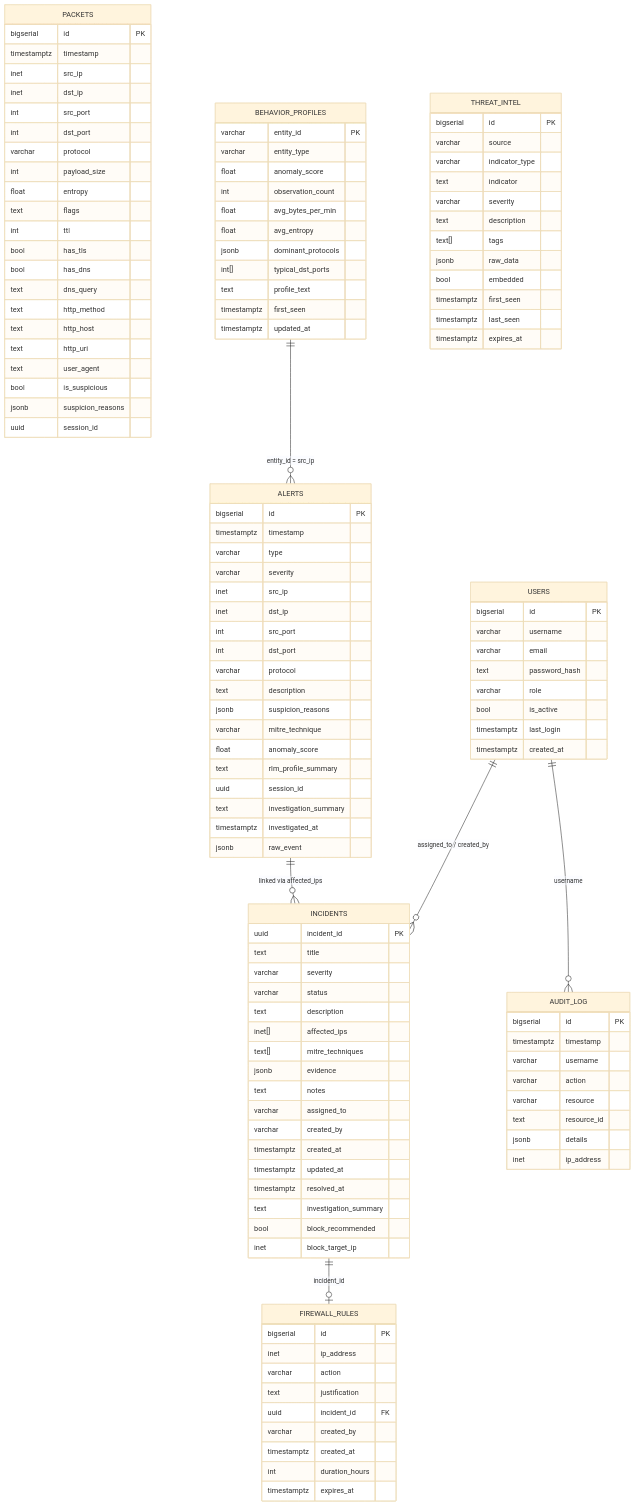
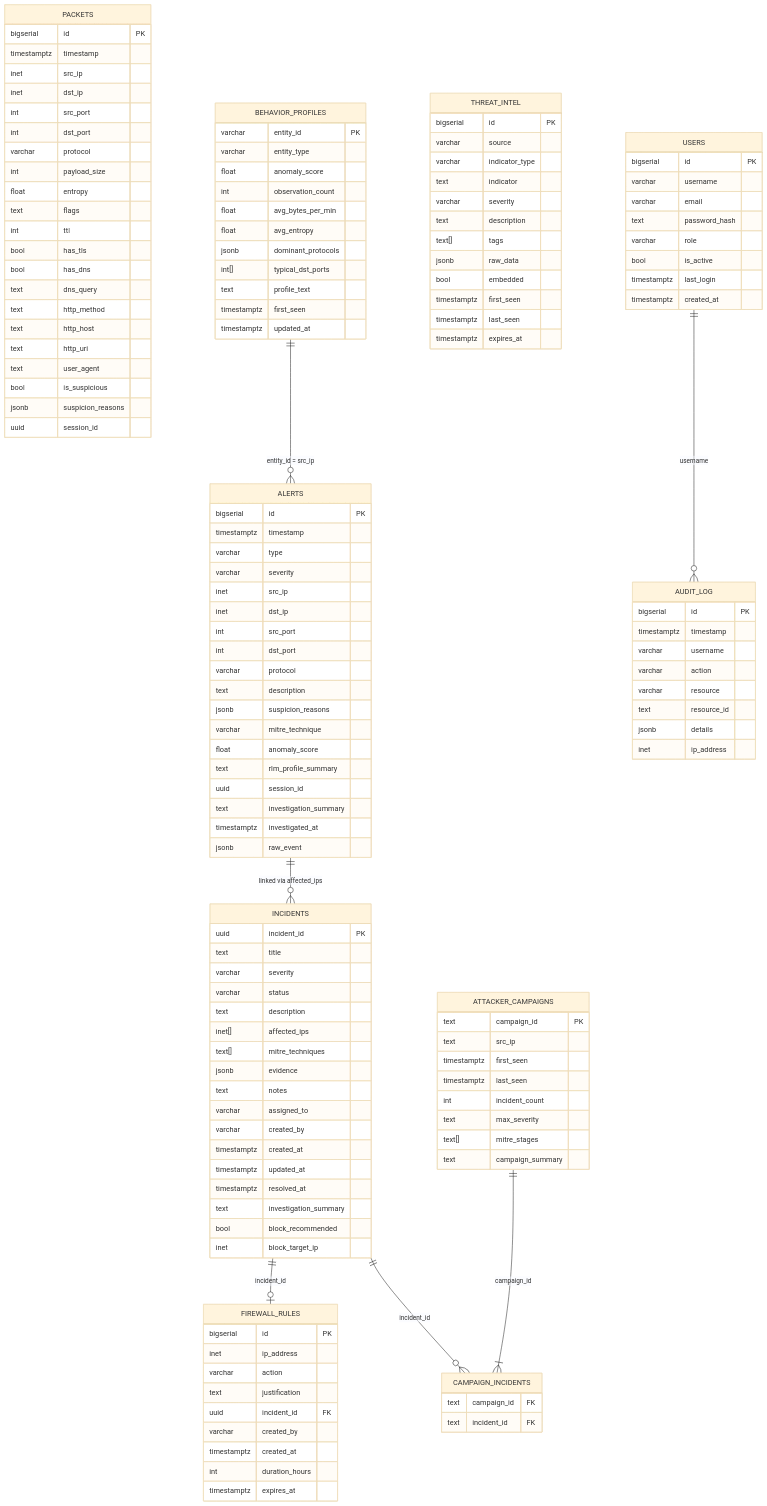
One commit to Skarthik06/cybersentinel-ai changed the eighth of 21 diagrams in docs/MASTER.md. Above: the diagram before and after it, drawn with Mermaid (base theme). The commit also changed other lines of this file and 50 other files, not shown here.

````diff
--- a/docs/MASTER.md
+++ b/docs/MASTER.md
@@ -745,6 +612,22 @@
         timestamptz expires_at
     }
 
+    ATTACKER_CAMPAIGNS {
+        text campaign_id PK
+        text src_ip
+        timestamptz first_seen
+        timestamptz last_seen
+        int incident_count
+        text max_severity
+        text[] mitre_stages
+        text campaign_summary
+    }
+
+    CAMPAIGN_INCIDENTS {
+        text campaign_id FK
+        text incident_id FK
+    }
+
     USERS {
         bigserial id PK
         varchar username
@@ -771,5 +654,6 @@
     INCIDENTS ||--o| FIREWALL_RULES : "incident_id"
     BEHAVIOR_PROFILES ||--o{ ALERTS : "entity_id = src_ip"
     USERS ||--o{ AUDIT_LOG : "username"
-    USERS ||--o{ INCIDENTS : "assigned_to / created_by"
+    INCIDENTS ||--o{ CAMPAIGN_INCIDENTS : "incident_id"
+    ATTACKER_CAMPAIGNS ||--|{ CAMPAIGN_INCIDENTS : "campaign_id"
 ```
````
